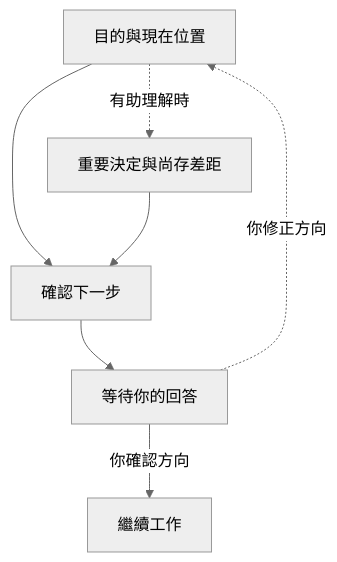
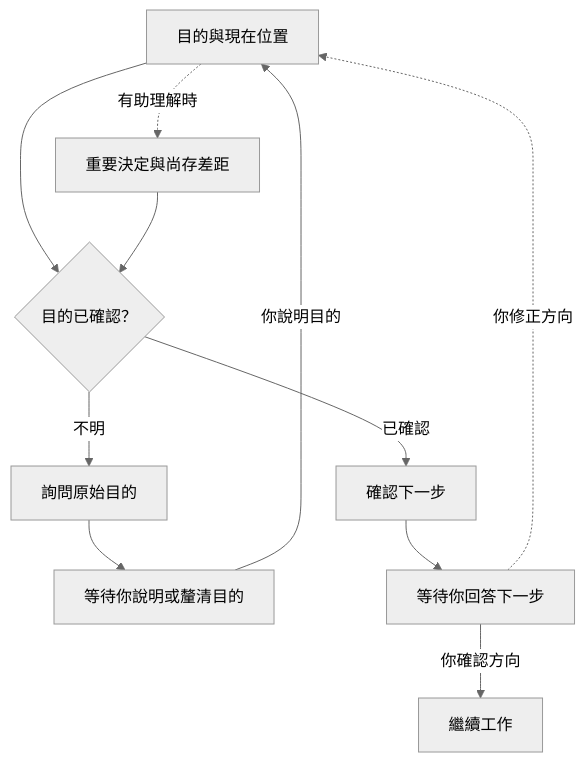
Before and after one commit to kouko/loom-plugins: the diagram in loom-workflow/skills/recap-state/README.zh-TW.md, drawn with Mermaid (neutral theme). The commit also changed other lines of this file and 3 other files, not shown here.

````diff
--- a/loom-workflow/skills/recap-state/README.zh-TW.md
+++ b/loom-workflow/skills/recap-state/README.zh-TW.md
@@ -26,9 +27,13 @@
 ```mermaid
 graph TB
-    Purpose["目的與現在位置"] --> Next["確認下一步"]
+    Purpose["目的與現在位置"] --> Check{"目的已確認？"}
     Purpose -.->|"有助理解時"| History["重要決定與尚存差距"]
-    History --> Next
-    Next --> Wait["等待你的回答"]
-    Wait -.->|"你修正方向"| Purpose
-    Wait -->|"你確認方向"| Continue["繼續工作"]
+    History --> Check
+    Check -->|"不明"| AskPurpose["詢問原始目的"]
+    Check -->|"已確認"| Next["確認下一步"]
+    AskPurpose --> WaitPurpose["等待你說明或釐清目的"]
+    Next --> WaitNext["等待你回答下一步"]
+    WaitPurpose -->|"你說明目的"| Purpose
+    WaitNext -.->|"你修正方向"| Purpose
+    WaitNext -->|"你確認方向"| Continue["繼續工作"]
 ```
````
